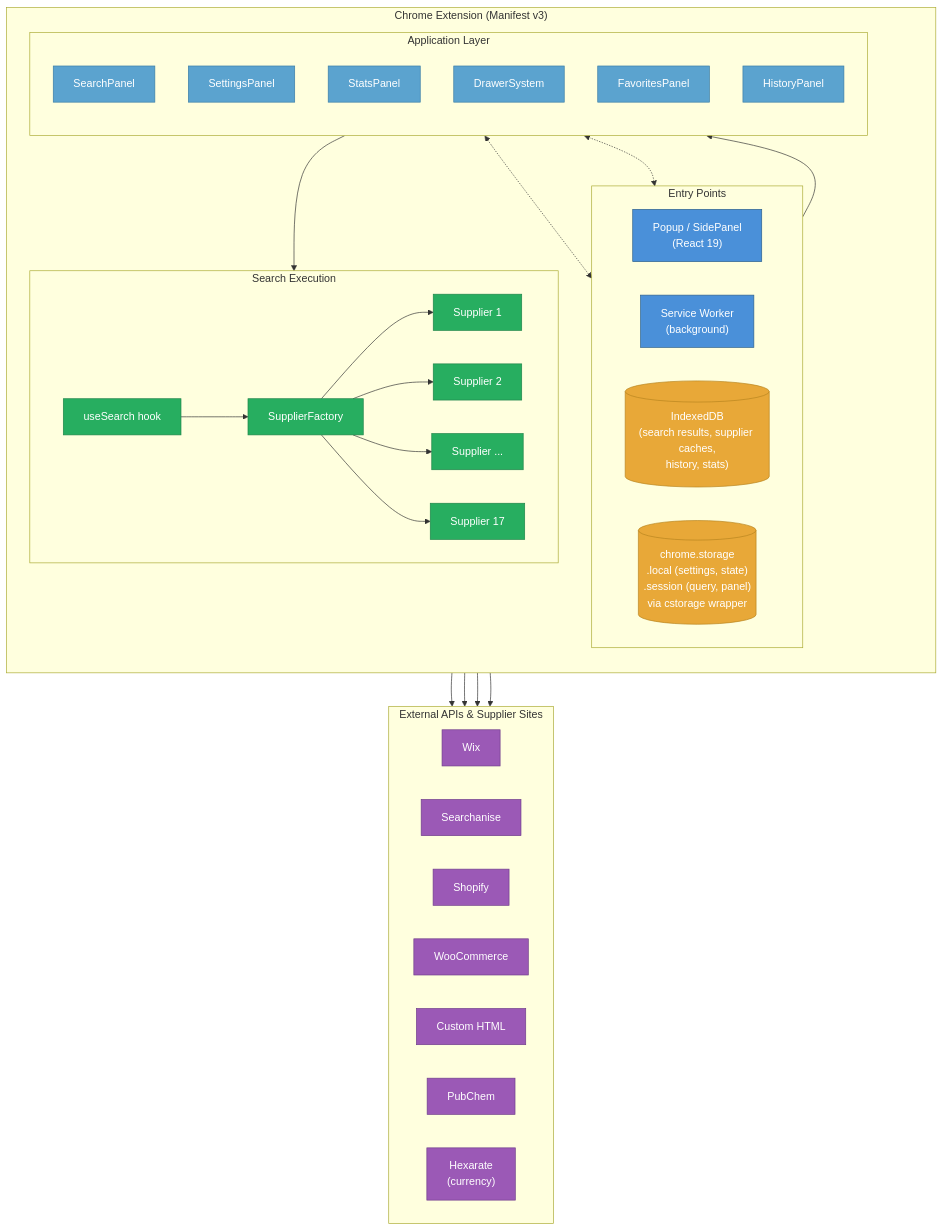
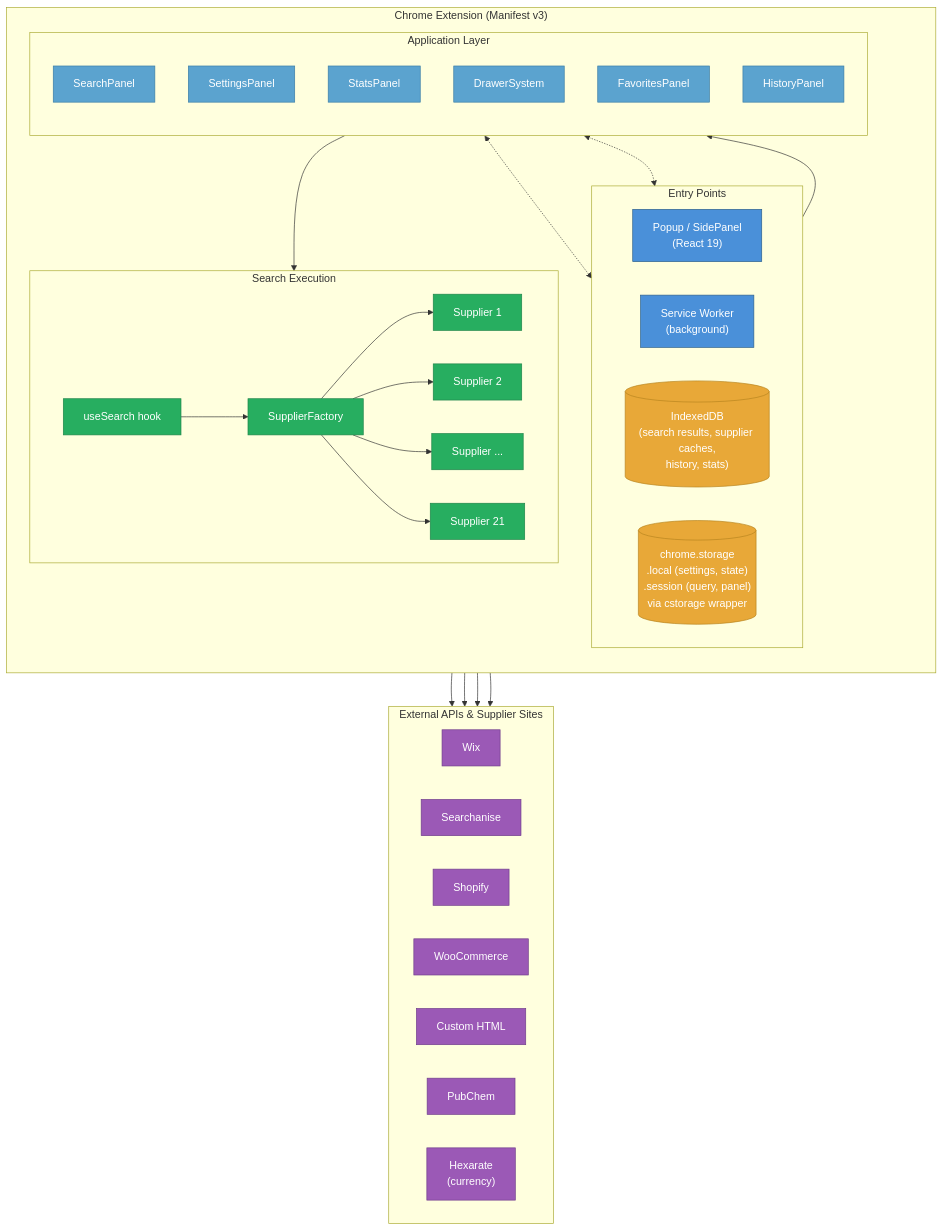
One commit to jhyland87/chem-pal changed the diagram in wiki_files/Architecture-Overview.md. Above: the diagram before and after it, drawn with Mermaid. The commit also changed other lines of this file and 12 other files, not shown here.

````diff
--- a/wiki_files/Architecture-Overview.md
+++ b/wiki_files/Architecture-Overview.md
@@ -7,65 +7,65 @@
 ```mermaid
 flowchart TB
 subgraph Extension["Chrome Extension (Manifest v3)"]
 direction TB
 
 subgraph EntryPoints["Entry Points"]
 direction LR
 POPUP["Popup / SidePanel\n(React 19)"]
 SW["Service Worker\n(background)"]
 IDB[("IndexedDB\n(search results, supplier caches,\nhistory, stats)")]
 STORAGE[("chrome.storage\n.local (settings, state)\n.session (query, panel)\nvia cstorage wrapper")]
 end
 
 subgraph AppLayer["Application Layer"]
 direction TB
 SEARCH["SearchPanel"]
 SETTINGS["SettingsPanel"]
 STATS["StatsPanel"]
 DRAWER["DrawerSystem"]
 FAVS["FavoritesPanel"]
 HISTORY["HistoryPanel"]
 end
 
 subgraph SearchExec["Search Execution"]
 direction LR
 HOOK["useSearch hook"]
 FACTORY["SupplierFactory"]
 S1["Supplier 1"]
 S2["Supplier 2"]
 S3["Supplier ..."]
-SN["Supplier 17"]
+SN["Supplier 21"]
 FACTORY --> S1 & S2 & S3 & SN
 end
 
 POPUP --> AppLayer
 SEARCH --> HOOK --> FACTORY
 AppLayer <-.-> IDB
 AppLayer <-.-> STORAGE
 end
 
 subgraph External["External APIs & Supplier Sites"]
 direction LR
 WIX["Wix"]
 SEARCHANISE["Searchanise"]
 SHOPIFY["Shopify"]
 WOO["WooCommerce"]
 CUSTOM["Custom HTML"]
 PUBCHEM["PubChem"]
 HEXARATE["Hexarate\n(currency)"]
 end
 
 S1 & S2 & S3 & SN --> External
 
 classDef entry fill:#4A90D9,stroke:#2C5F8A,color:#fff
 classDef app fill:#5BA3CF,stroke:#3A7CA5,color:#fff
 classDef exec fill:#27AE60,stroke:#1E8449,color:#fff
 classDef storage fill:#E8A838,stroke:#B8841F,color:#fff
 classDef external fill:#9B59B6,stroke:#6F3D8A,color:#fff
 
 class POPUP,SW entry
 class SEARCH,SETTINGS,STATS,DRAWER,FAVS,HISTORY app
 class HOOK,FACTORY,S1,S2,S3,SN exec
 class IDB,STORAGE storage
 class WIX,SEARCHANISE,SHOPIFY,WOO,CUSTOM,PUBCHEM,HEXARATE external
 ```
````
